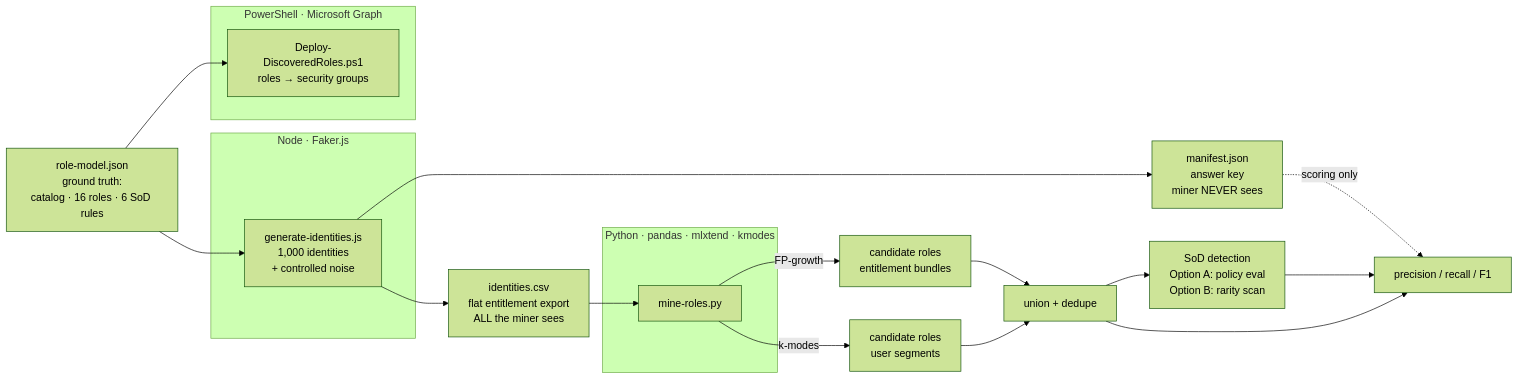
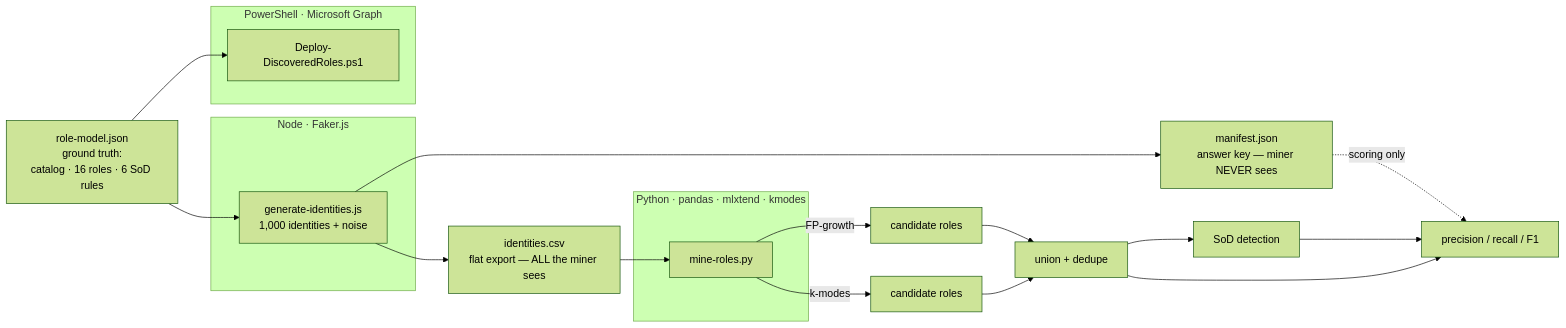
Before and after one commit to ZayLinux26/iam-role-mining-engine: the diagram in README.md, drawn with Mermaid (forest theme). The commit also changed other lines of this file, not shown here.

````diff
--- a/README.md
+++ b/README.md
@@ -38,32 +28,25 @@
 ```mermaid
 flowchart LR
     A[role-model.json<br/>ground truth:<br/>catalog · 16 roles · 6 SoD rules] --> B
-
     subgraph GEN[Node · Faker.js]
-        B[generate-identities.js<br/>1,000 identities<br/>+ controlled noise]
+        B[generate-identities.js<br/>1,000 identities + noise]
     end
-
-    B --> C[identities.csv<br/>flat entitlement export<br/>ALL the miner sees]
-    B --> D[manifest.json<br/>answer key<br/>miner NEVER sees]
-
+    B --> C[identities.csv<br/>flat export — ALL the miner sees]
+    B --> D[manifest.json<br/>answer key — miner NEVER sees]
     subgraph MINE[Python · pandas · mlxtend · kmodes]
         E[mine-roles.py]
     end
-
     C --> E
-    E -->|FP-growth| F[candidate roles<br/>entitlement bundles]
-    E -->|k-modes| G[candidate roles<br/>user segments]
+    E -->|FP-growth| F[candidate roles]
+    E -->|k-modes| G[candidate roles]
     F --> H[union + dedupe]
     G --> H
-    H --> I[SoD detection<br/>Option A: policy eval<br/>Option B: rarity scan]
-
+    H --> I[SoD detection]
     D -.->|scoring only| J[precision / recall / F1]
     I --> J
     H --> J
-
     subgraph ENTRA[PowerShell · Microsoft Graph]
-        K[Deploy-DiscoveredRoles.ps1<br/>roles → security groups]
+        K[Deploy-DiscoveredRoles.ps1]
     end
-
     A --> K
 ```
````
